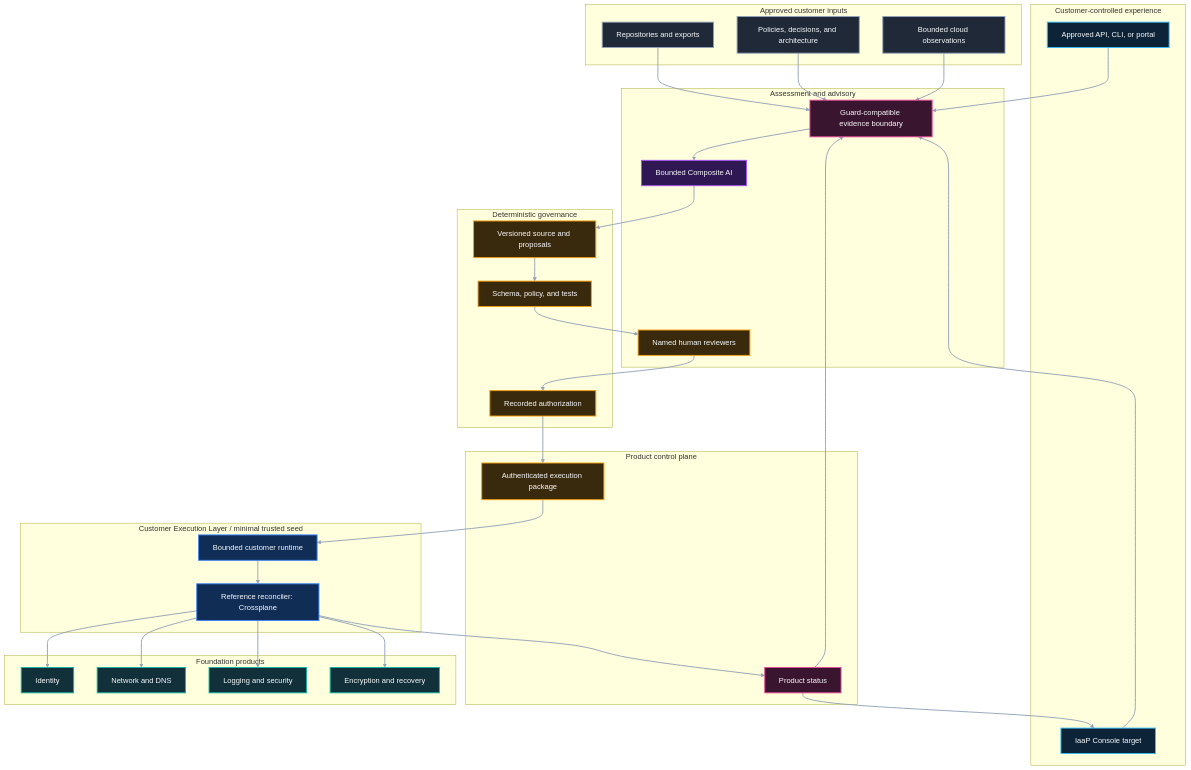
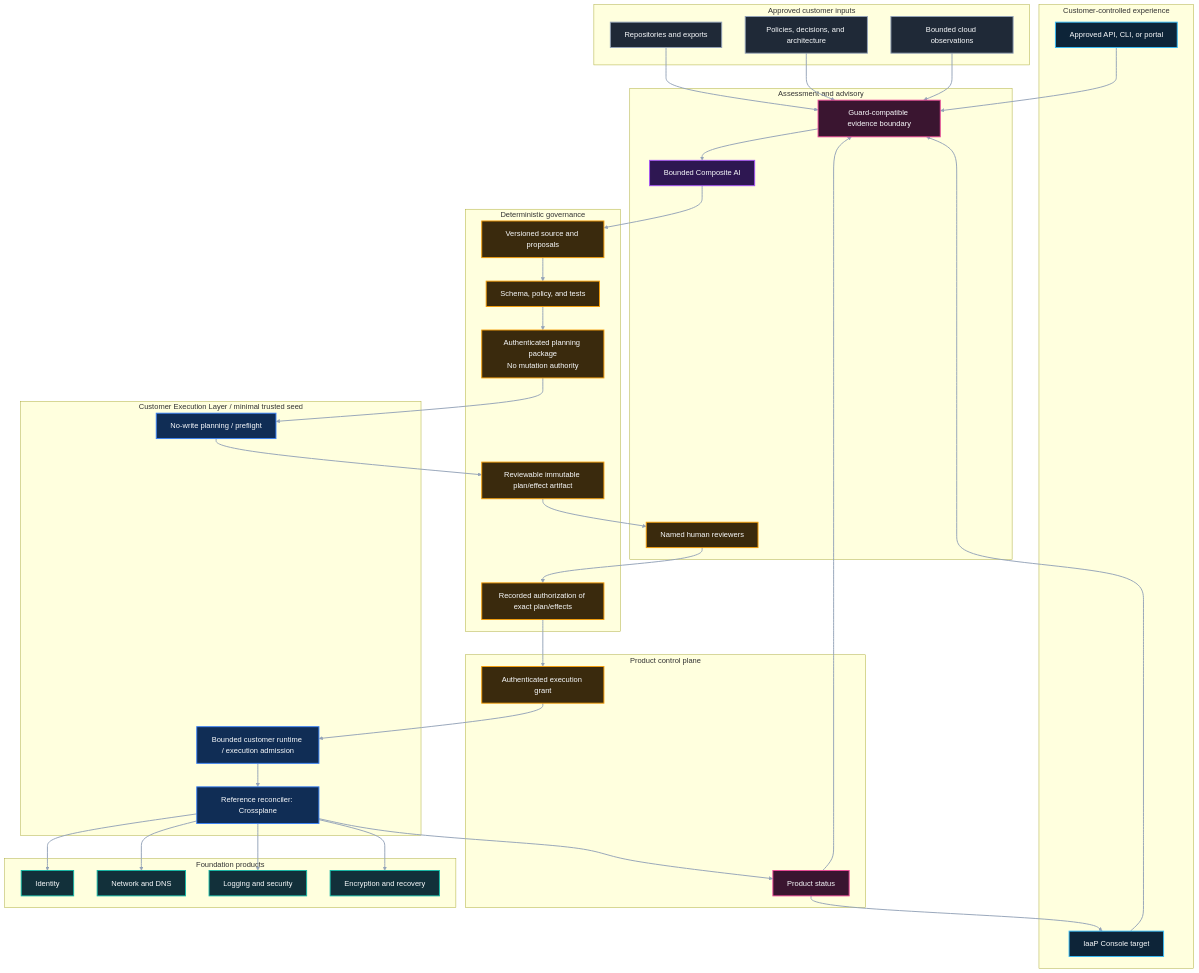
The diagram in docs/bootstrap-foundation-readiness/architecture/bootstrap-reference-architecture.md (InfrastructureProductWorks/ai-powered-infrastructure-as-a-product), drawn with Mermaid before and after one commit.

Commit message:
docs: plan before approval in bootstrap reference

```diff
--- a/docs/bootstrap-foundation-readiness/architecture/bootstrap-reference-architecture.md
+++ b/docs/bootstrap-foundation-readiness/architecture/bootstrap-reference-architecture.md
@@ -63,16 +63,19 @@
   subgraph Governance["Deterministic governance"]
     SOURCE[Versioned source and proposals]
     POLICY[Schema, policy, and tests]
-    APPROVAL[Recorded authorization]
+    PREQ[Authenticated planning package\nNo mutation authority]
+    PLAN[Reviewable immutable plan/effect artifact]
+    APPROVAL[Recorded authorization of exact plan/effects]
   end
 
   subgraph ProductPlane["Product control plane"]
-    PACKAGE[Authenticated execution package]
+    PACKAGE[Authenticated execution grant]
     STATUS[Product status]
   end
 
   subgraph Seed["Customer Execution Layer / minimal trusted seed"]
-    RUNTIME[Bounded customer runtime]
+    PLANEXEC[No-write planning / preflight]
+    RUNTIME[Bounded customer runtime / execution admission]
     XP[Reference reconciler: Crossplane]
   end
 
@@ -91,7 +94,10 @@
   GUARD --> AI
   AI --> SOURCE
   SOURCE --> POLICY
-  POLICY --> REVIEW
+  POLICY --> PREQ
+  PREQ --> PLANEXEC
+  PLANEXEC --> PLAN
+  PLAN --> REVIEW
   REVIEW --> APPROVAL
   APPROVAL --> PACKAGE
   PACKAGE --> RUNTIME
@@ -114,9 +120,8 @@
   class REPO,DOCS,CLOUDVIEW input
   class CONSOLE,ALT experience
   class AI ai
-  class REVIEW,SOURCE,POLICY,APPROVAL governance
-  class PACKAGE governance
-  class RUNTIME,XP control
+  class REVIEW,SOURCE,POLICY,PREQ,PLAN,APPROVAL,PACKAGE governance
+  class PLANEXEC,RUNTIME,XP control
   class IDENTITY,NETWORK,OBSERVE,DATA foundation
   class GUARD,STATUS evidence
   linkStyle default stroke:#94A3B8,stroke-width:2px
```
